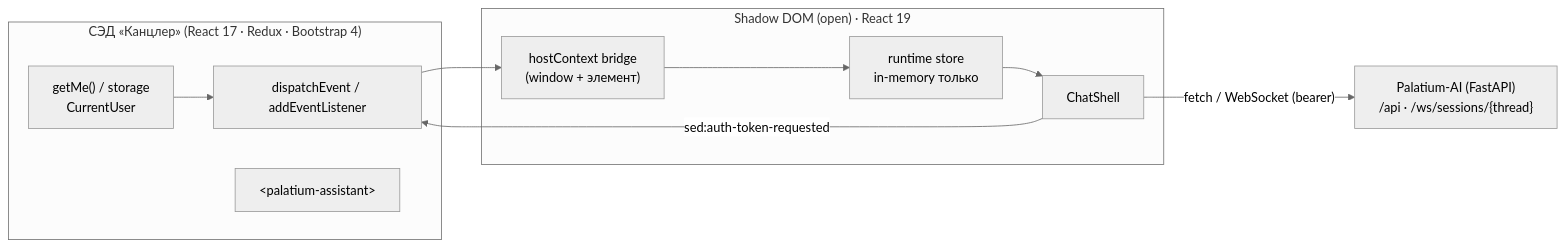
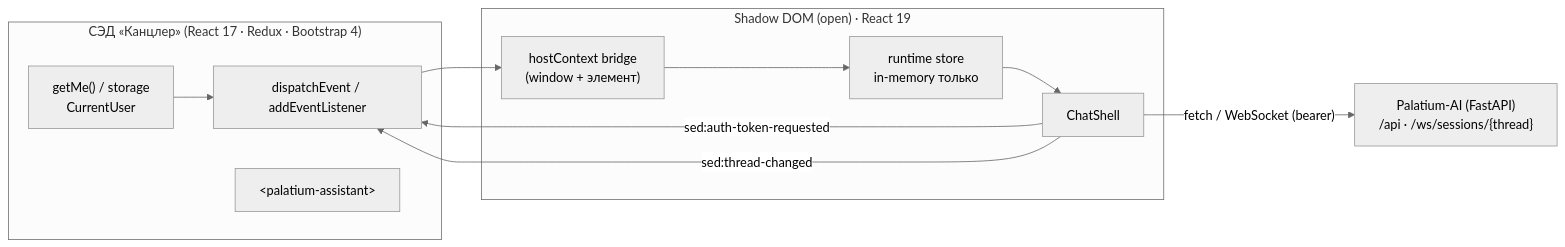
The first of 3 diagrams in docs/embedded-assistant.md (VabGen/Palatium-AI), drawn with Mermaid (neutral theme) before and after one commit. The commit also changed other lines of this file and 629 other files, not shown here.

````diff
--- a/docs/embedded-assistant.md
+++ b/docs/embedded-assistant.md
@@ -13,16 +13,17 @@
 ```mermaid
 flowchart LR
   subgraph HOST["СЭД «Канцлер» (React 17 · Redux · Bootstrap 4)"]
     ME["getMe() / storage<br/>CurrentUser"]
     EVENT["dispatchEvent / addEventListener"]
     EL["&lt;palatium-assistant&gt;"]
   end
   subgraph WIDGET["Shadow DOM (open) · React 19"]
     BRIDGE["hostContext bridge<br/>(window + элемент)"]
     STORE["runtime store<br/>in-memory только"]
     UI["ChatShell"]
   end
   ME --> EVENT --> BRIDGE --> STORE --> UI
   UI -->|sed:auth-token-requested| EVENT
+  UI -->|sed:thread-changed| EVENT
   UI -->|"fetch / WebSocket (bearer)"| API["Palatium-AI (FastAPI)<br/>/api · /ws/sessions/{thread}"]
 ```
````
